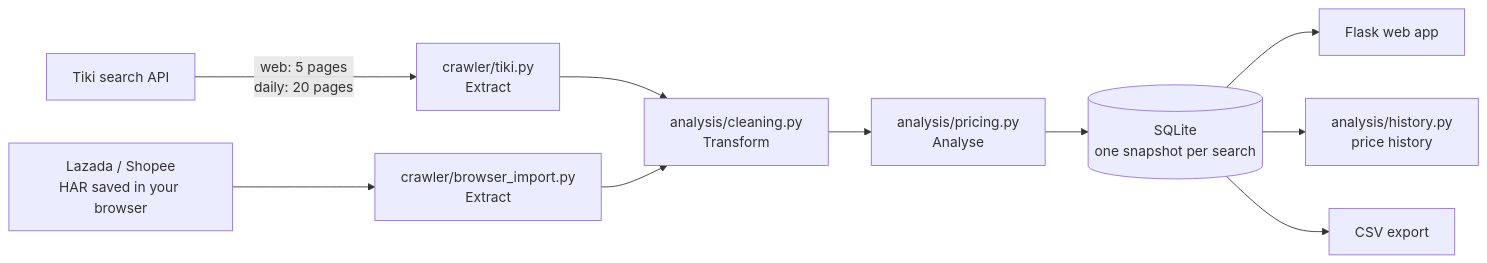
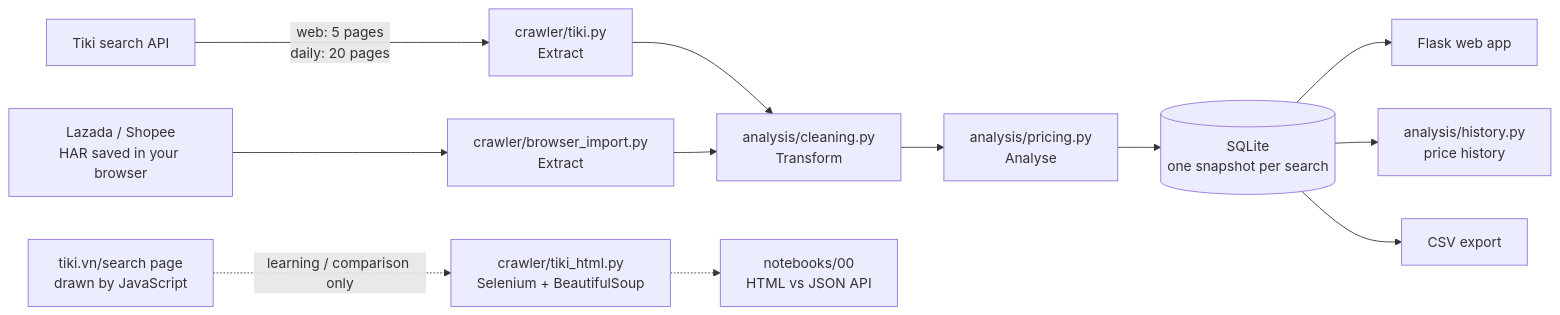
One commit to NamAnh-dev/Web-Crawler-for-E-commerce-Prices changed the diagram in README.md. Above: the diagram before and after it, drawn with Mermaid. The commit also changed other lines of this file, not shown here.

First line of the commit message:
Add internship context and HTML scraping to the README

````diff
--- a/README.md
+++ b/README.md
@@ -25,12 +28,14 @@
 ```mermaid
 flowchart LR
     A["Tiki search API"] -->|"web: 5 pages<br/>daily: 20 pages"| B["crawler/tiki.py<br/>Extract"]
     L["Lazada / Shopee<br/>HAR saved in your browser"] --> I["crawler/browser_import.py<br/>Extract"]
     B --> C["analysis/cleaning.py<br/>Transform"]
     I --> C
     C --> D["analysis/pricing.py<br/>Analyse"]
     D --> E[("SQLite<br/>one snapshot per search")]
     E --> F["Flask web app"]
     E --> H["analysis/history.py<br/>price history"]
     E --> G["CSV export"]
+    S["tiki.vn/search page<br/>drawn by JavaScript"] -.->|"learning / comparison only"| T["crawler/tiki_html.py<br/>Selenium + BeautifulSoup"]
+    T -.-> N["notebooks/00<br/>HTML vs JSON API"]
 ```
````
